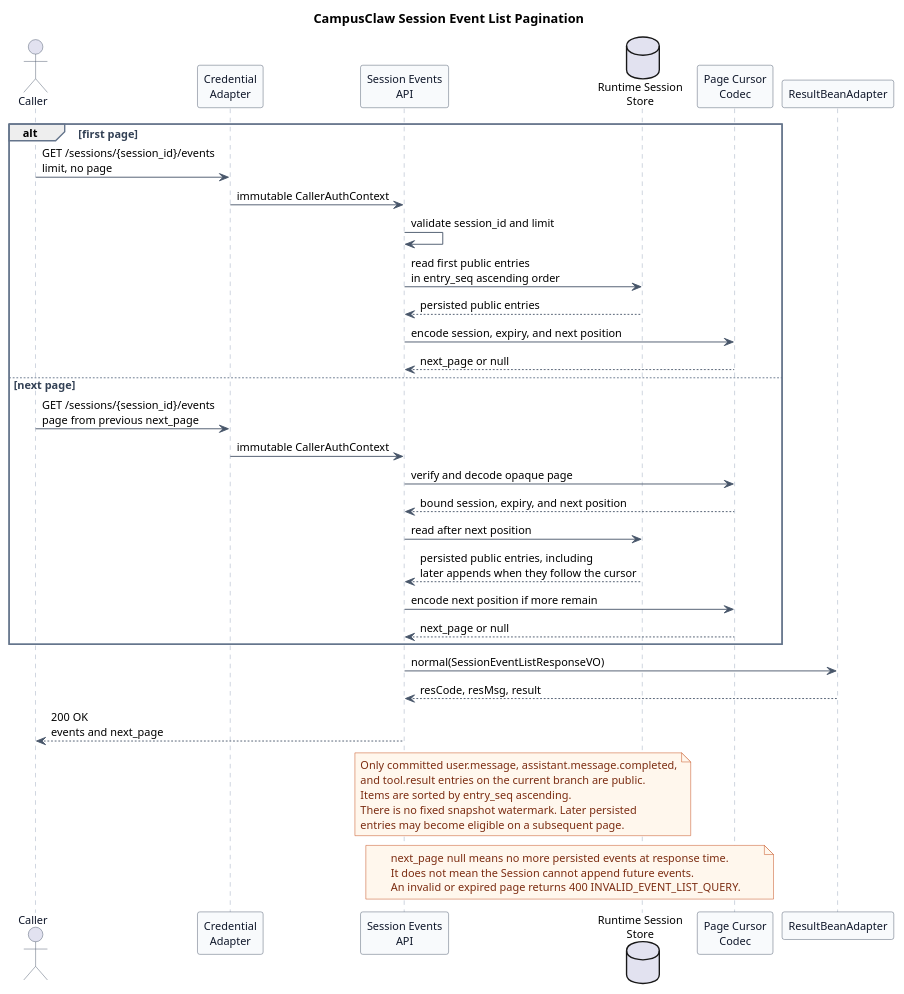
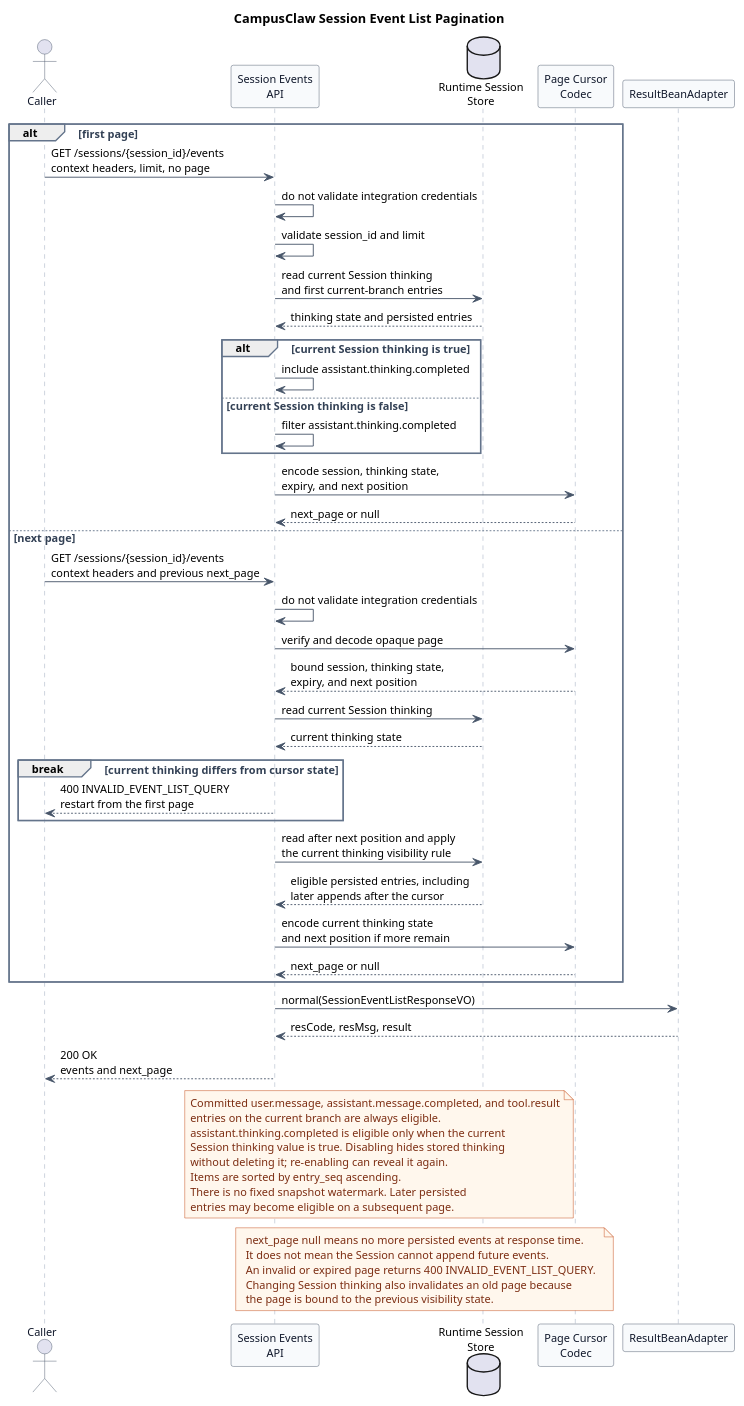
Before and after one commit to ssm0808/pi-mono-java-design: the second of 2 diagrams in pi-mono-java-manager-driven-multi-agent-runtime/diagrams/session-events/diagram.puml, drawn with PlantUML. The commit also changed other lines of this file and 33 other files, not shown here.

Commit message:
docs(runtime): 收敛 thinking 事件可见性契约

```diff
--- a/pi-mono-java-manager-driven-multi-agent-runtime/diagrams/session-events/diagram.puml
+++ b/pi-mono-java-manager-driven-multi-agent-runtime/diagrams/session-events/diagram.puml
@@ -121,87 +138,104 @@
 @startuml http_session_event_list
 title CampusClaw Session Event List Pagination
 
 ' Source evidence (pi-mono 086c32e74530564922d011ade23ff582c9d63116):
 ' packages/coding-agent/src/core/session-manager.ts, SessionEntry, lines 46-156
 ' packages/coding-agent/src/core/session-manager.ts, append methods, lines 1057-1149
 ' packages/coding-agent/src/core/session-manager.ts, getBranch and getEntries, lines 1260-1303
 ' Source evidence (pi-mono-java 8691e8800f05f28afe22499050c29220ef5b7475):
 ' modules/coding-agent-cli/src/main/java/com/campusclaw/codingagent/runtimeapi/persistence/MyBatisRuntimeSessionRepository.java.
 ' modules/coding-agent-cli/src/main/java/com/campusclaw/codingagent/runtimeapi/event/RuntimeEventCursorCodec.java.
 ' Observed behavior: pi stores append-only entries linked by id and parentId, and its active
 ' branch is the path from the selected leaf to the root.
 ' Java divergence: the old Java baseline scanned JSONL linearly; the implemented repository
 ' now reads the current branch through parentId and entry_seq.
 ' External reference (Anthropic Managed Agents docs checked 2026-08-17):
 ' GET /v1/sessions/{session_id}/events uses opaque page and next_page pagination.
 ' Observed behavior: entry_seq, opaque pages, ResultBean paging, and the GET endpoint
 ' exist in the implementation commit but not in the original pi source baselines.
+' Java divergence: current RuntimeEntryCodec excludes ThinkingContent from public history.
+' Architecture change: target GET visibility depends on the current Session thinking value.
 ' Design reason: align the public pagination boundary with Anthropic and intentionally
-' avoid a fixed snapshot watermark or an after_entry_seq query.
+' avoid a fixed snapshot watermark or an after_entry_seq query while binding the cursor
+' to the thinking visibility state used to construct the page.
 
 skinparam backgroundColor #FFFFFF
 skinparam shadowing false
 skinparam defaultFontName Arial
 skinparam defaultFontSize 12
 skinparam sequence {
   ArrowColor #475569
   ActorBorderColor #475569
   ActorFontColor #0F172A
   LifeLineBorderColor #94A3B8
   LifeLineBackgroundColor #F8FAFC
   ParticipantBorderColor #475569
   ParticipantBackgroundColor #F8FAFC
   ParticipantFontColor #0F172A
   GroupBorderColor #64748B
   GroupFontColor #334155
 }
 skinparam note {
   BackgroundColor #FFF7ED
   BorderColor #C2410C
   FontColor #7C2D12
 }
 
 actor Caller
-participant "Credential\nAdapter" as Auth
 participant "Session Events\nAPI" as API
 database "Runtime Session\nStore" as Store
 participant "Page Cursor\nCodec" as Cursor
 participant ResultBeanAdapter
 
 alt first page
-  Caller -> Auth : GET /sessions/{session_id}/events\nlimit, no page
-  Auth -> API : immutable CallerAuthContext
+  Caller -> API : GET /sessions/{session_id}/events\ncontext headers, limit, no page
+  API -> API : do not validate integration credentials
   API -> API : validate session_id and limit
-  API -> Store : read first public entries\nin entry_seq ascending order
-  Store --> API : persisted public entries
-  API -> Cursor : encode session, expiry, and next position
+  API -> Store : read current Session thinking\nand first current-branch entries
+  Store --> API : thinking state and persisted entries
+  alt current Session thinking is true
+    API -> API : include assistant.thinking.completed
+  else current Session thinking is false
+    API -> API : filter assistant.thinking.completed
+  end
+  API -> Cursor : encode session, thinking state,\nexpiry, and next position
   Cursor --> API : next_page or null
 else next page
-  Caller -> Auth : GET /sessions/{session_id}/events\npage from previous next_page
-  Auth -> API : immutable CallerAuthContext
+  Caller -> API : GET /sessions/{session_id}/events\ncontext headers and previous next_page
+  API -> API : do not validate integration credentials
   API -> Cursor : verify and decode opaque page
-  Cursor --> API : bound session, expiry, and next position
-  API -> Store : read after next position
-  Store --> API : persisted public entries, including\nlater appends when they follow the cursor
-  API -> Cursor : encode next position if more remain
+  Cursor --> API : bound session, thinking state,\nexpiry, and next position
+  API -> Store : read current Session thinking
+  Store --> API : current thinking state
+  break current thinking differs from cursor state
+    API --> Caller : 400 INVALID_EVENT_LIST_QUERY\nrestart from the first page
+  end
+  API -> Store : read after next position and apply\nthe current thinking visibility rule
+  Store --> API : eligible persisted entries, including\nlater appends after the cursor
+  API -> Cursor : encode current thinking state\nand next position if more remain
   Cursor --> API : next_page or null
 end
 
 API -> ResultBeanAdapter : normal(SessionEventListResponseVO)
 ResultBeanAdapter --> API : resCode, resMsg, result
 API --> Caller : 200 OK\nevents and next_page
 
 note over API,Store
-Only committed user.message, assistant.message.completed,
-and tool.result entries on the current branch are public.
+Committed user.message, assistant.message.completed, and tool.result
+entries on the current branch are always eligible.
+assistant.thinking.completed is eligible only when the current
+Session thinking value is true. Disabling hides stored thinking
+without deleting it; re-enabling can reveal it again.
 Items are sorted by entry_seq ascending.
 There is no fixed snapshot watermark. Later persisted
 entries may become eligible on a subsequent page.
 end note
 
 note over API,Cursor
 next_page null means no more persisted events at response time.
 It does not mean the Session cannot append future events.
 An invalid or expired page returns 400 INVALID_EVENT_LIST_QUERY.
+Changing Session thinking also invalidates an old page because
+the page is bound to the previous visibility state.
 end note
 @enduml
```
